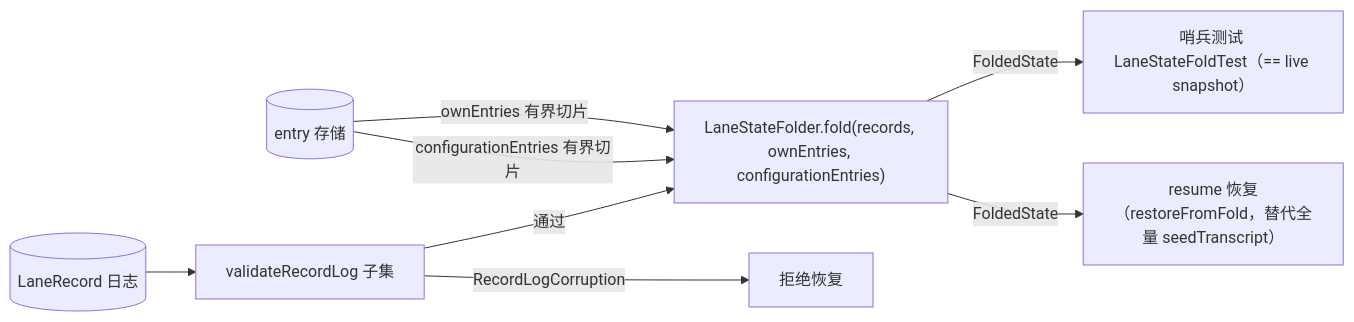
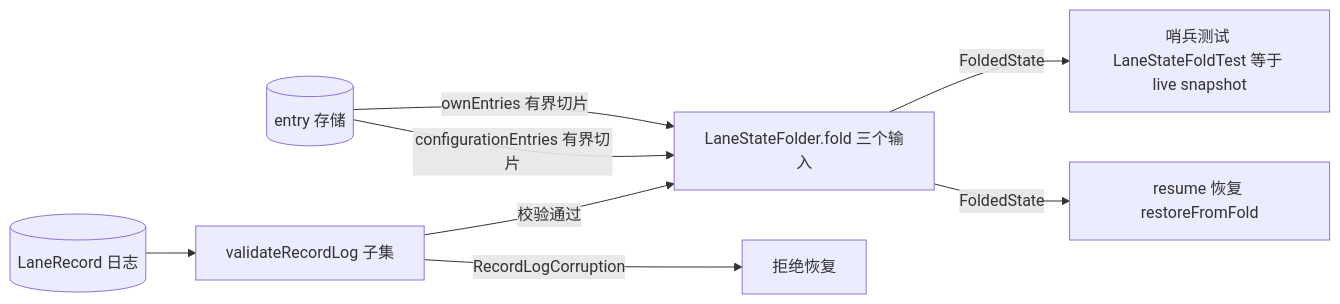
The second of 2 diagrams in docs/21-record-log-fold-design.md (liangxingguang/pi-java), drawn with Mermaid before and after one commit. The commit also changed other lines of this file, not shown here.

First line of the commit message:
docs(agent-core): fix mermaid syntax in 4.1/4.2 data-flow diagrams

````diff
--- a/docs/21-record-log-fold-design.md
+++ b/docs/21-record-log-fold-design.md
@@ -257,10 +257,10 @@
 ```mermaid
 flowchart LR
     R[(LaneRecord 日志)] --> V["validateRecordLog 子集"]
-    E[(entry 存储)] -->|ownEntries 有界切片| K["LaneStateFolder.fold(records, ownEntries, configurationEntries)"]
+    E[(entry 存储)] -->|ownEntries 有界切片| K["LaneStateFolder.fold 三个输入"]
     E -->|configurationEntries 有界切片| K
     V -->|RecordLogCorruption| X["拒绝恢复"]
-    V -->|通过| K
-    K -->|FoldedState| S["哨兵测试 LaneStateFoldTest（== live snapshot）"]
-    K -->|FoldedState| X2["resume 恢复（restoreFromFold，替代全量 seedTranscript）"]
+    V -->|校验通过| K
+    K -->|FoldedState| S["哨兵测试 LaneStateFoldTest 等于 live snapshot"]
+    K -->|FoldedState| X2["resume 恢复 restoreFromFold"]
 ```
````
